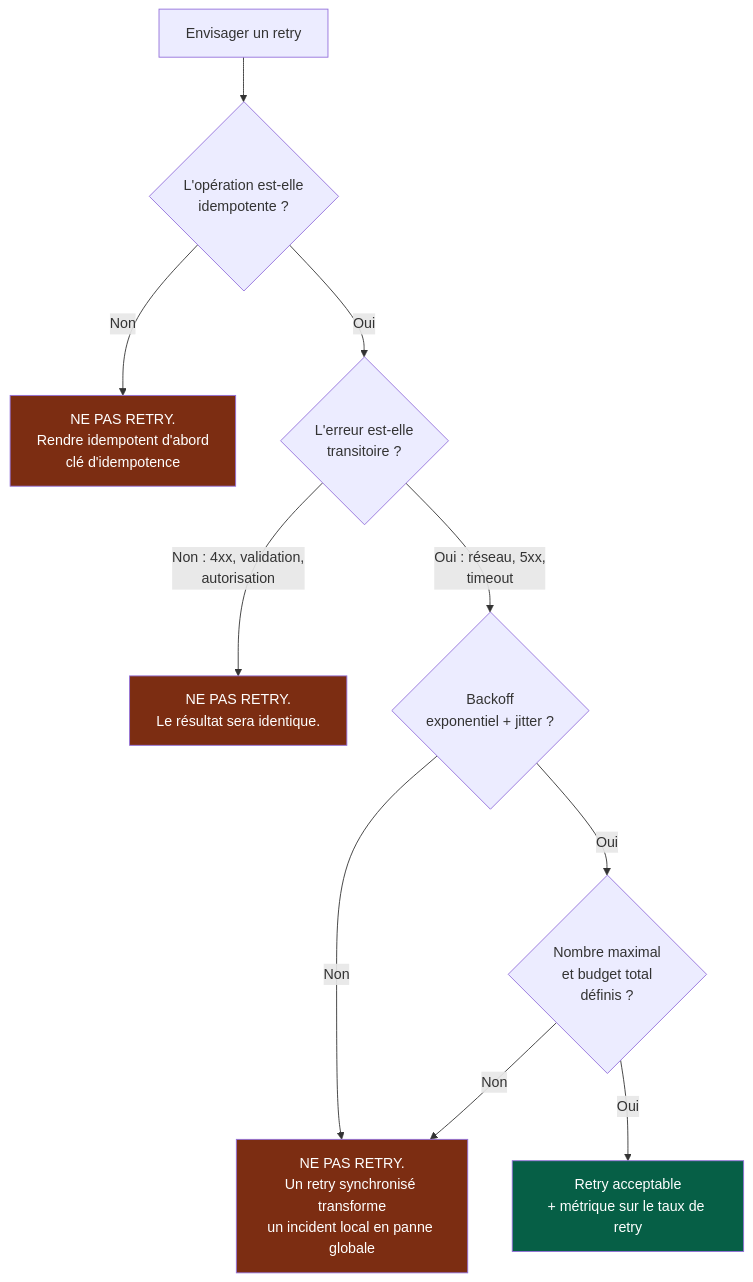
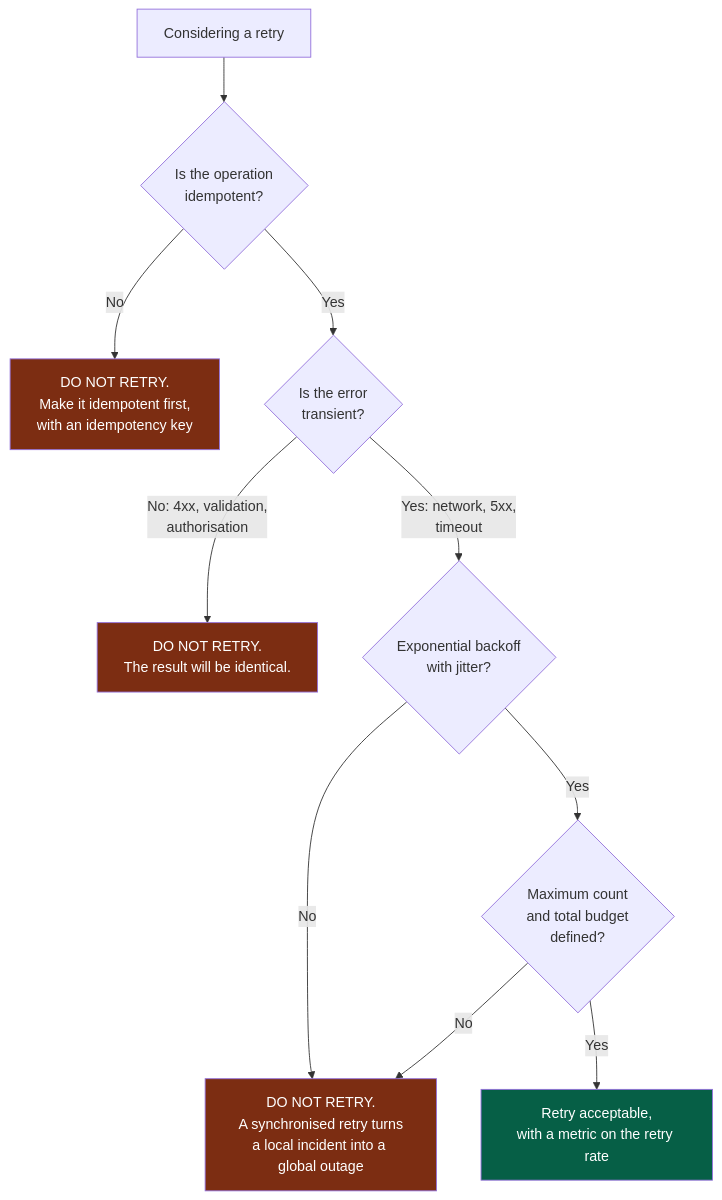
Before and after one commit to NapkinStack/engineering-os: the first of 2 diagrams in skeleton/playbooks/operations.md, drawn with Mermaid. The commit also changed other lines of this file and 4 other files, not shown here.

````diff
--- a/skeleton/playbooks/operations.md
+++ b/skeleton/playbooks/operations.md
@@ -23,20 +22,20 @@
 ```mermaid
 flowchart TD
-    A["Envisager un retry"] --> B{"L'opération est-elle<br/>idempotente ?"}
-    B -->|Non| C["NE PAS RETRY.<br/>Rendre idempotent d'abord<br/>clé d'idempotence"]
-    B -->|Oui| D{"L'erreur est-elle<br/>transitoire ?"}
+    A["Considering a retry"] --> B{"Is the operation<br/>idempotent?"}
+    B -->|No| C["DO NOT RETRY.<br/>Make it idempotent first,<br/>with an idempotency key"]
+    B -->|Yes| D{"Is the error<br/>transient?"}
 
-    D -->|"Non : 4xx, validation,<br/>autorisation"| E["NE PAS RETRY.<br/>Le résultat sera identique."]
-    D -->|"Oui : réseau, 5xx,<br/>timeout"| F{"Backoff<br/>exponentiel + jitter ?"}
+    D -->|"No: 4xx, validation,<br/>authorisation"| E["DO NOT RETRY.<br/>The result will be identical."]
+    D -->|"Yes: network, 5xx,<br/>timeout"| F{"Exponential backoff<br/>with jitter?"}
 
-    F -->|Non| G["NE PAS RETRY.<br/>Un retry synchronisé transforme<br/>un incident local en panne globale"]
-    F -->|Oui| H{"Nombre maximal<br/>et budget total<br/>définis ?"}
+    F -->|No| G["DO NOT RETRY.<br/>A synchronised retry turns<br/>a local incident into a global outage"]
+    F -->|Yes| H{"Maximum count<br/>and total budget<br/>defined?"}
 
-    H -->|Non| G
-    H -->|Oui| I["Retry acceptable<br/>+ métrique sur le taux de retry"]
+    H -->|No| G
+    H -->|Yes| I["Retry acceptable,<br/>with a metric on the retry rate"]
 
     style C fill:#7c2d12,color:#fff
     style E fill:#7c2d12,color:#fff
     style G fill:#7c2d12,color:#fff
     style I fill:#065f46,color:#fff
 ```
````
